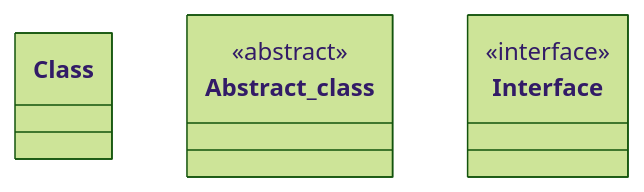
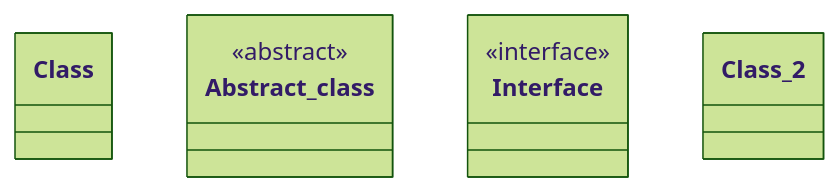
One commit to saiphanindra1010/arch_diagram_demo changed the diagram in mermade/ddddd.md. Above: the diagram before and after it, drawn with Mermaid (forest theme).

Commit message:
mermade: save sssssssddddd

````diff
--- a/mermade/ddddd.md
+++ b/mermade/ddddd.md
@@ -3,11 +3,12 @@
 ```mermaid
 classDiagram
   class Class
   class Abstract_class {
     <<abstract>>
   }
   class Interface {
     <<interface>>
   }
-%% mermade:{"v":1,"diagramType":"class","nodes":{"Class":{"x":428.65234375,"y":427.6484375,"w":220,"h":70,"kind":"class","members":[]},"Abstract_class":{"x":881.65625,"y":386.50390625,"w":220,"h":70,"kind":"abstract","members":[],"stereotype":"abstract"},"Interface":{"x":672.453125,"y":219.84765625,"w":220,"h":70,"kind":"interface","members":[],"stereotype":"interface"}},"groups":{},"edges":{}}
+  class Class_2
+%% mermade:{"v":1,"diagramType":"class","nodes":{"Class":{"x":428.65234375,"y":427.6484375,"w":220,"h":70,"kind":"class","members":[]},"Abstract_class":{"x":916.19140625,"y":269.73046875,"w":220,"h":70,"kind":"abstract","members":[],"stereotype":"abstract"},"Interface":{"x":672.453125,"y":219.84765625,"w":220,"h":70,"kind":"interface","members":[],"stereotype":"interface"},"Class_2":{"x":689.19921875,"y":514.87109375,"w":220,"h":70,"kind":"class","members":[]}},"groups":{},"edges":{}}
 ```
````
